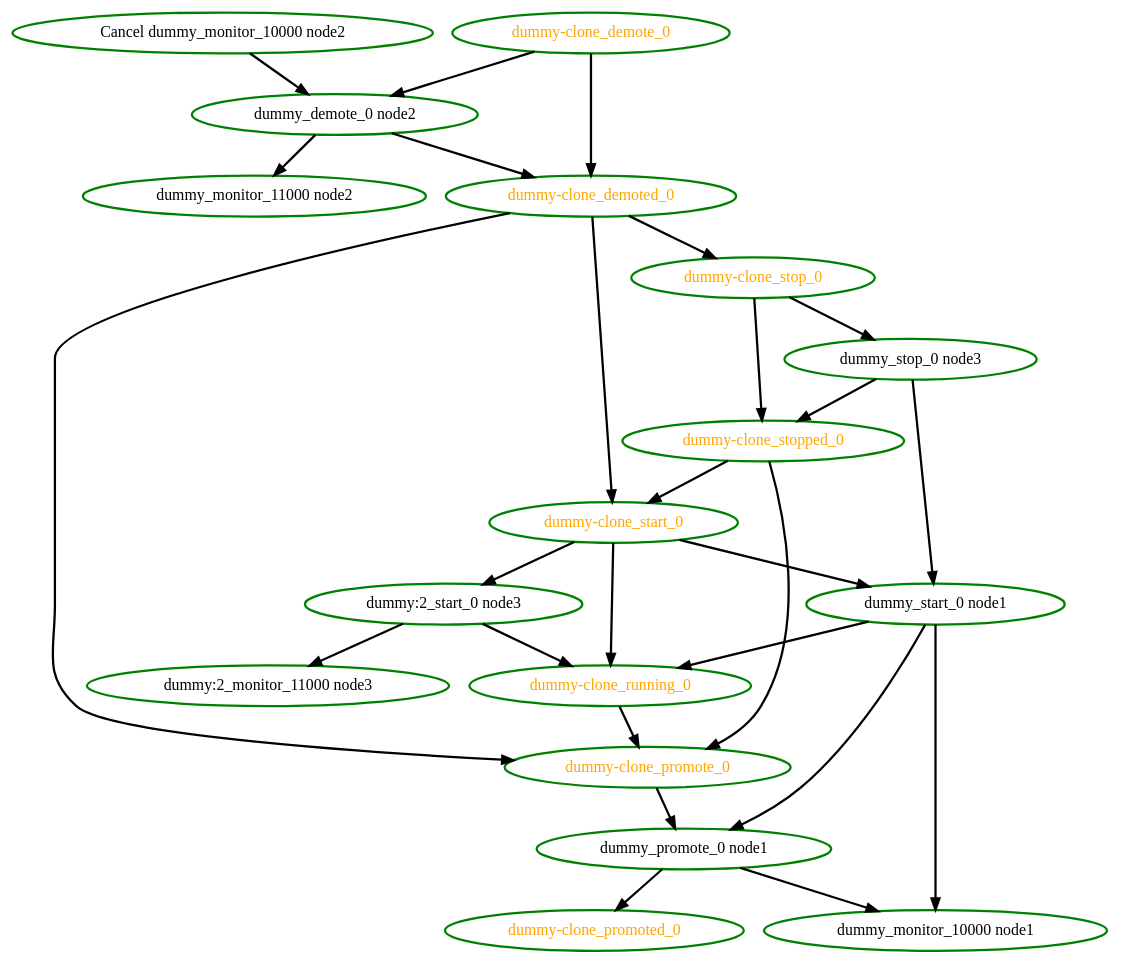
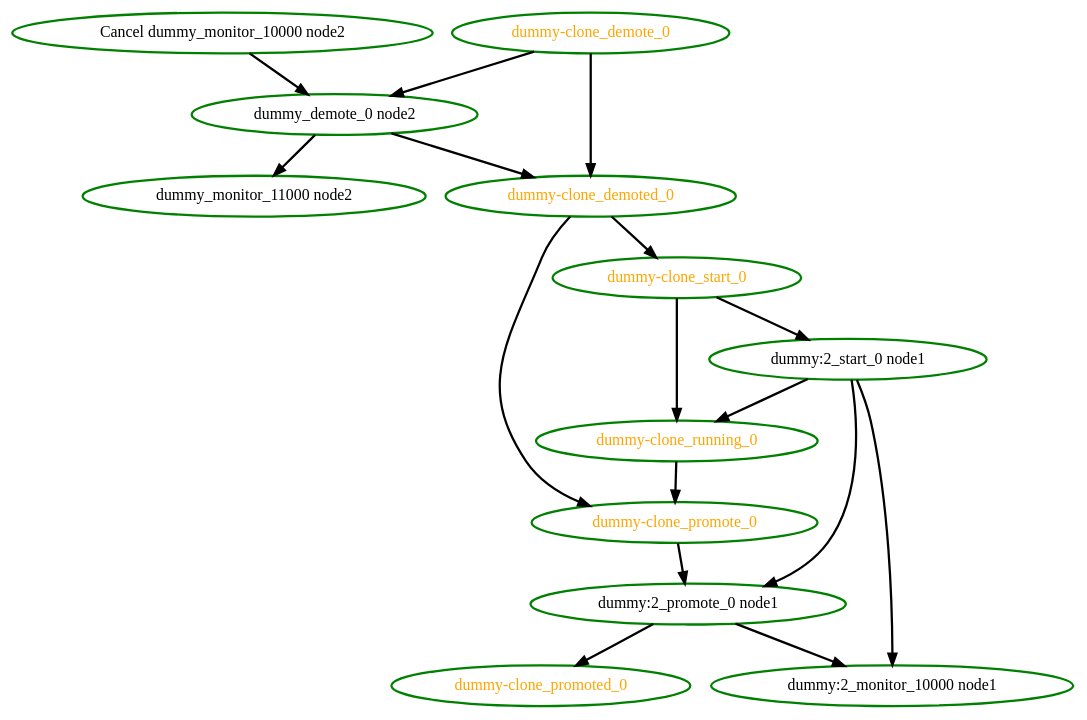
One commit to ClusterLabs/pacemaker changed the diagram in cts/scheduler/dot/clone-recover-no-shuffle-7.dot. Above: the diagram before and after it, drawn with Graphviz. The commit also changed 33 other files, not shown here.

```diff
--- a/cts/scheduler/dot/clone-recover-no-shuffle-7.dot
+++ b/cts/scheduler/dot/clone-recover-no-shuffle-7.dot
@@ -1,45 +1,30 @@
  digraph "g" {
 "Cancel dummy_monitor_10000 node2" -> "dummy_demote_0 node2" [ style = bold]
 "Cancel dummy_monitor_10000 node2" [ style=bold color="green" fontcolor="black"]
 "dummy-clone_demote_0" -> "dummy-clone_demoted_0" [ style = bold]
 "dummy-clone_demote_0" -> "dummy_demote_0 node2" [ style = bold]
 "dummy-clone_demote_0" [ style=bold color="green" fontcolor="orange"]
 "dummy-clone_demoted_0" -> "dummy-clone_promote_0" [ style = bold]
 "dummy-clone_demoted_0" -> "dummy-clone_start_0" [ style = bold]
-"dummy-clone_demoted_0" -> "dummy-clone_stop_0" [ style = bold]
 "dummy-clone_demoted_0" [ style=bold color="green" fontcolor="orange"]
-"dummy-clone_promote_0" -> "dummy_promote_0 node1" [ style = bold]
+"dummy-clone_promote_0" -> "dummy:2_promote_0 node1" [ style = bold]
 "dummy-clone_promote_0" [ style=bold color="green" fontcolor="orange"]
 "dummy-clone_promoted_0" [ style=bold color="green" fontcolor="orange"]
 "dummy-clone_running_0" -> "dummy-clone_promote_0" [ style = bold]
 "dummy-clone_running_0" [ style=bold color="green" fontcolor="orange"]
 "dummy-clone_start_0" -> "dummy-clone_running_0" [ style = bold]
-"dummy-clone_start_0" -> "dummy:2_start_0 node3" [ style = bold]
-"dummy-clone_start_0" -> "dummy_start_0 node1" [ style = bold]
+"dummy-clone_start_0" -> "dummy:2_start_0 node1" [ style = bold]
 "dummy-clone_start_0" [ style=bold color="green" fontcolor="orange"]
-"dummy-clone_stop_0" -> "dummy-clone_stopped_0" [ style = bold]
-"dummy-clone_stop_0" -> "dummy_stop_0 node3" [ style = bold]
-"dummy-clone_stop_0" [ style=bold color="green" fontcolor="orange"]
-"dummy-clone_stopped_0" -> "dummy-clone_promote_0" [ style = bold]
-"dummy-clone_stopped_0" -> "dummy-clone_start_0" [ style = bold]
-"dummy-clone_stopped_0" [ style=bold color="green" fontcolor="orange"]
-"dummy:2_monitor_11000 node3" [ style=bold color="green" fontcolor="black"]
-"dummy:2_start_0 node3" -> "dummy-clone_running_0" [ style = bold]
-"dummy:2_start_0 node3" -> "dummy:2_monitor_11000 node3" [ style = bold]
-"dummy:2_start_0 node3" [ style=bold color="green" fontcolor="black"]
+"dummy:2_monitor_10000 node1" [ style=bold color="green" fontcolor="black"]
+"dummy:2_promote_0 node1" -> "dummy-clone_promoted_0" [ style = bold]
+"dummy:2_promote_0 node1" -> "dummy:2_monitor_10000 node1" [ style = bold]
+"dummy:2_promote_0 node1" [ style=bold color="green" fontcolor="black"]
+"dummy:2_start_0 node1" -> "dummy-clone_running_0" [ style = bold]
+"dummy:2_start_0 node1" -> "dummy:2_monitor_10000 node1" [ style = bold]
+"dummy:2_start_0 node1" -> "dummy:2_promote_0 node1" [ style = bold]
+"dummy:2_start_0 node1" [ style=bold color="green" fontcolor="black"]
 "dummy_demote_0 node2" -> "dummy-clone_demoted_0" [ style = bold]
 "dummy_demote_0 node2" -> "dummy_monitor_11000 node2" [ style = bold]
 "dummy_demote_0 node2" [ style=bold color="green" fontcolor="black"]
-"dummy_monitor_10000 node1" [ style=bold color="green" fontcolor="black"]
 "dummy_monitor_11000 node2" [ style=bold color="green" fontcolor="black"]
-"dummy_promote_0 node1" -> "dummy-clone_promoted_0" [ style = bold]
-"dummy_promote_0 node1" -> "dummy_monitor_10000 node1" [ style = bold]
-"dummy_promote_0 node1" [ style=bold color="green" fontcolor="black"]
-"dummy_start_0 node1" -> "dummy-clone_running_0" [ style = bold]
-"dummy_start_0 node1" -> "dummy_monitor_10000 node1" [ style = bold]
-"dummy_start_0 node1" -> "dummy_promote_0 node1" [ style = bold]
-"dummy_start_0 node1" [ style=bold color="green" fontcolor="black"]
-"dummy_stop_0 node3" -> "dummy-clone_stopped_0" [ style = bold]
-"dummy_stop_0 node3" -> "dummy_start_0 node1" [ style = bold]
-"dummy_stop_0 node3" [ style=bold color="green" fontcolor="black"]
 }
```
